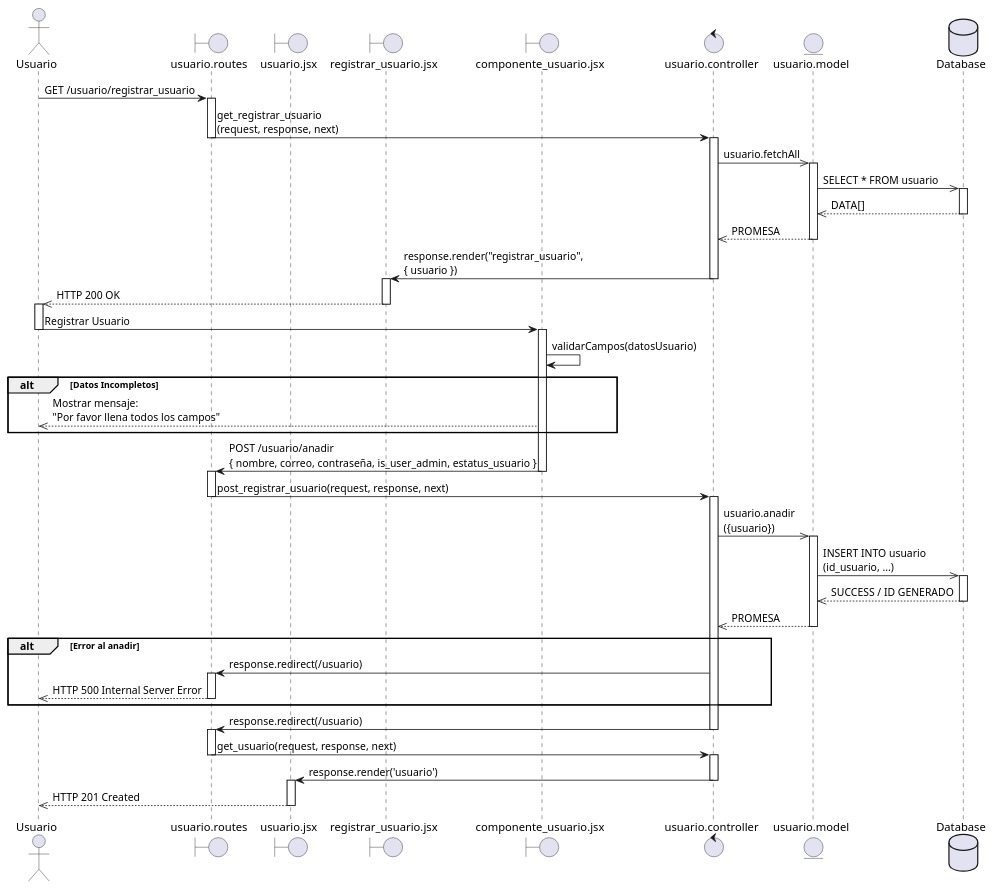
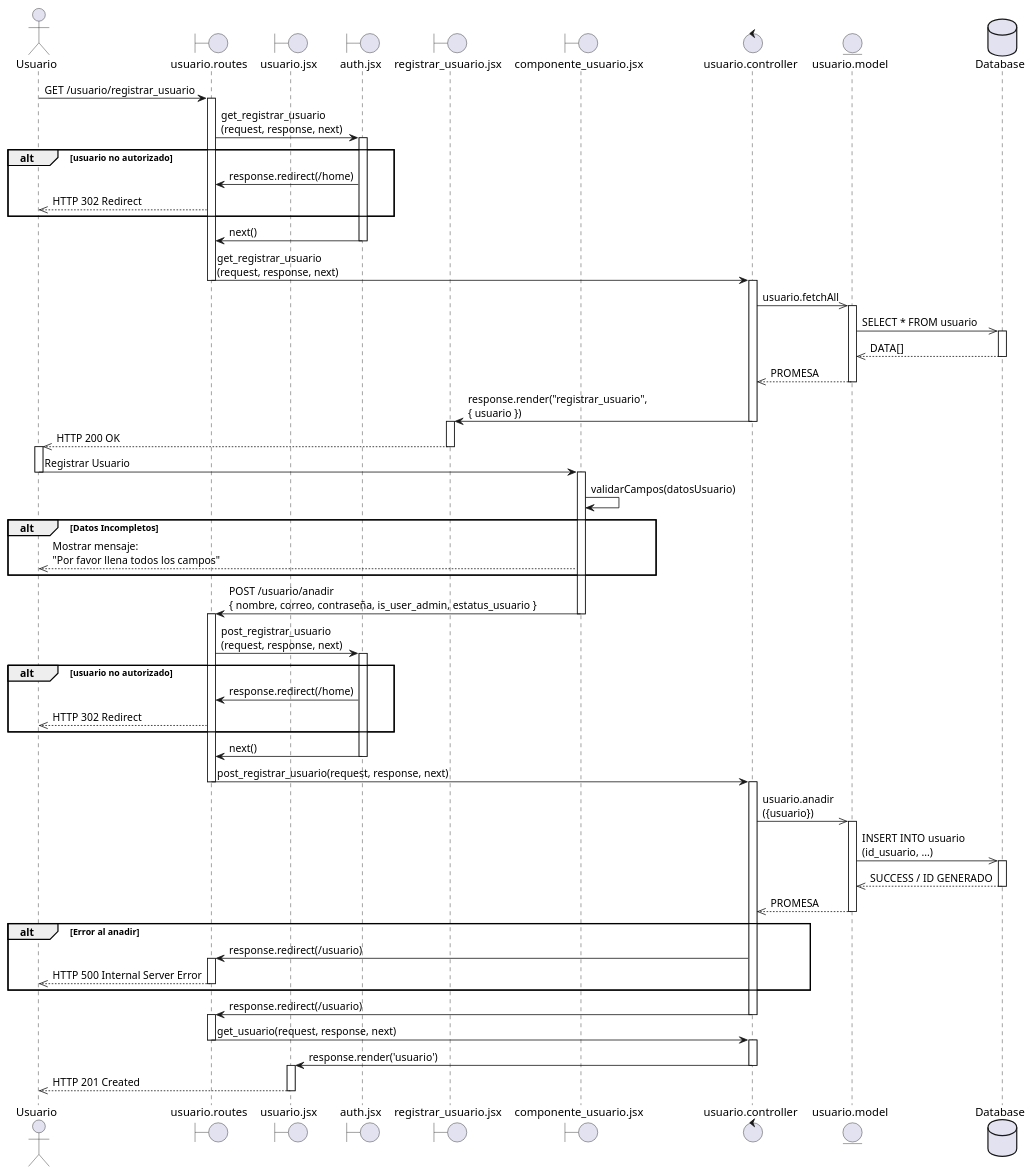
Before and after one commit to AztlanConsulting/Fungivora-Dev: the diagram in diagramas/NewUser.puml, drawn with PlantUML. The commit also changed 4 other files, not shown here.

```diff
--- a/diagramas/NewUser.puml
+++ b/diagramas/NewUser.puml
@@ -1,74 +1,90 @@
 @startuml
 actor Usuario
 boundary usuario.routes as Routes
 boundary usuario.jsx as usuarioView
+boundary auth.jsx as PermisosMiddleware
 boundary registrar_usuario.jsx as View
 boundary componente_usuario.jsx as ViewComponent
 control usuario.controller as Controller
 entity usuario.model as Model
 database Database
-
     Usuario -> Routes: GET /usuario/registrar_usuario
     activate Routes
+    Routes -> PermisosMiddleware: get_registrar_usuario\n(request, response, next)
+    activate PermisosMiddleware
+    alt usuario no autorizado
+    PermisosMiddleware -> Routes: response.redirect(/home)
+    Routes -->> Usuario: HTTP 302 Redirect
+    end
+    PermisosMiddleware -> Routes: next()
+    deactivate PermisosMiddleware
     Routes -> Controller: get_registrar_usuario\n(request, response, next)
     deactivate Routes
     activate Controller
     Controller ->> Model: usuario.fetchAll
     activate Model
     Model ->> Database: SELECT * FROM usuario
     activate Database
     Database -->> Model: DATA[]
     deactivate Database
     Model -->> Controller: PROMESA
     deactivate Model
     Controller -> View: response.render("registrar_usuario",\n{ usuario })
     deactivate Controller
     activate View
     View -->> Usuario: HTTP 200 OK
     deactivate View
 
     activate Usuario
     Usuario -> ViewComponent: Registrar Usuario
     deactivate Usuario
-    activate ViewComponent
+    activate ViewComponent 
     ViewComponent -> ViewComponent: validarCampos(datosUsuario)
 
     alt Datos Incompletos
         ViewComponent -->> Usuario: Mostrar mensaje:\n"Por favor llena todos los campos"
     end
 
     ViewComponent -> Routes: POST /usuario/anadir\n{ nombre, correo, contraseña, is_user_admin, estatus_usuario }
     deactivate ViewComponent
     activate Routes
+    Routes -> PermisosMiddleware: post_registrar_usuario\n(request, response, next)
+    activate PermisosMiddleware
+    alt usuario no autorizado
+    PermisosMiddleware -> Routes: response.redirect(/home)
+    Routes -->> Usuario: HTTP 302 Redirect
+    end
+    PermisosMiddleware -> Routes: next()
+    deactivate PermisosMiddleware
     Routes -> Controller: post_registrar_usuario(request, response, next)
     deactivate Routes
     activate Controller
     Controller ->> Model: usuario.anadir\n({usuario})
     activate Model
     Model ->> Database: INSERT INTO usuario\n(id_usuario, ...)
     activate Database
     Database -->> Model: SUCCESS / ID GENERADO
     deactivate Database
     Model -->> Controller: PROMESA
     deactivate Model
 
     alt Error al anadir
         Controller -> Routes: response.redirect(/usuario)
         activate Routes
         Routes -->> Usuario: HTTP 500 Internal Server Error
         deactivate Routes
     end
 
     Controller -> Routes: response.redirect(/usuario)
     deactivate Controller
     activate Routes
     Routes -> Controller: get_usuario(request, response, next)
     deactivate Routes
     activate Controller
     Controller -> usuarioView: response.render('usuario')
     deactivate Controller
     activate usuarioView
     usuarioView -->> Usuario: HTTP 201 Created
     deactivate usuarioView
 
 @enduml
```
